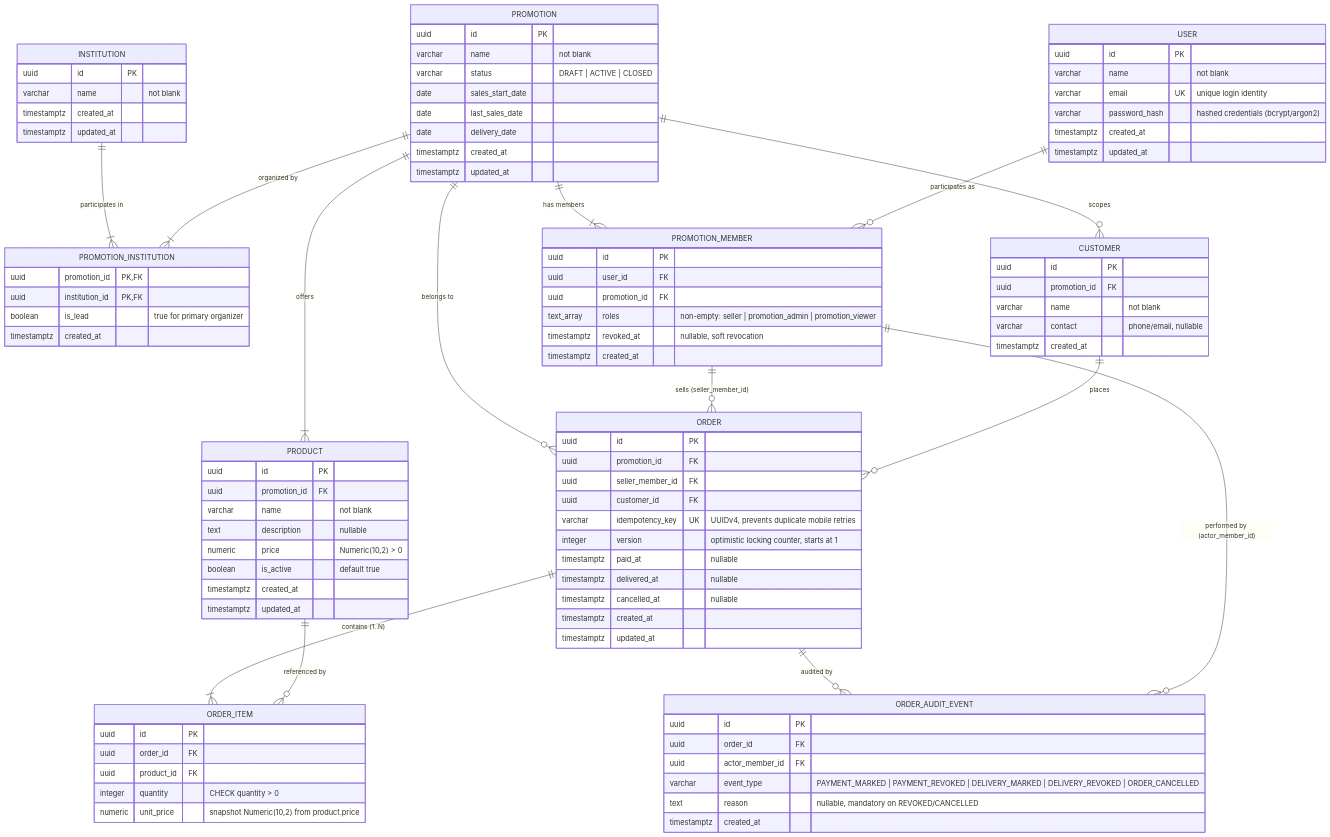
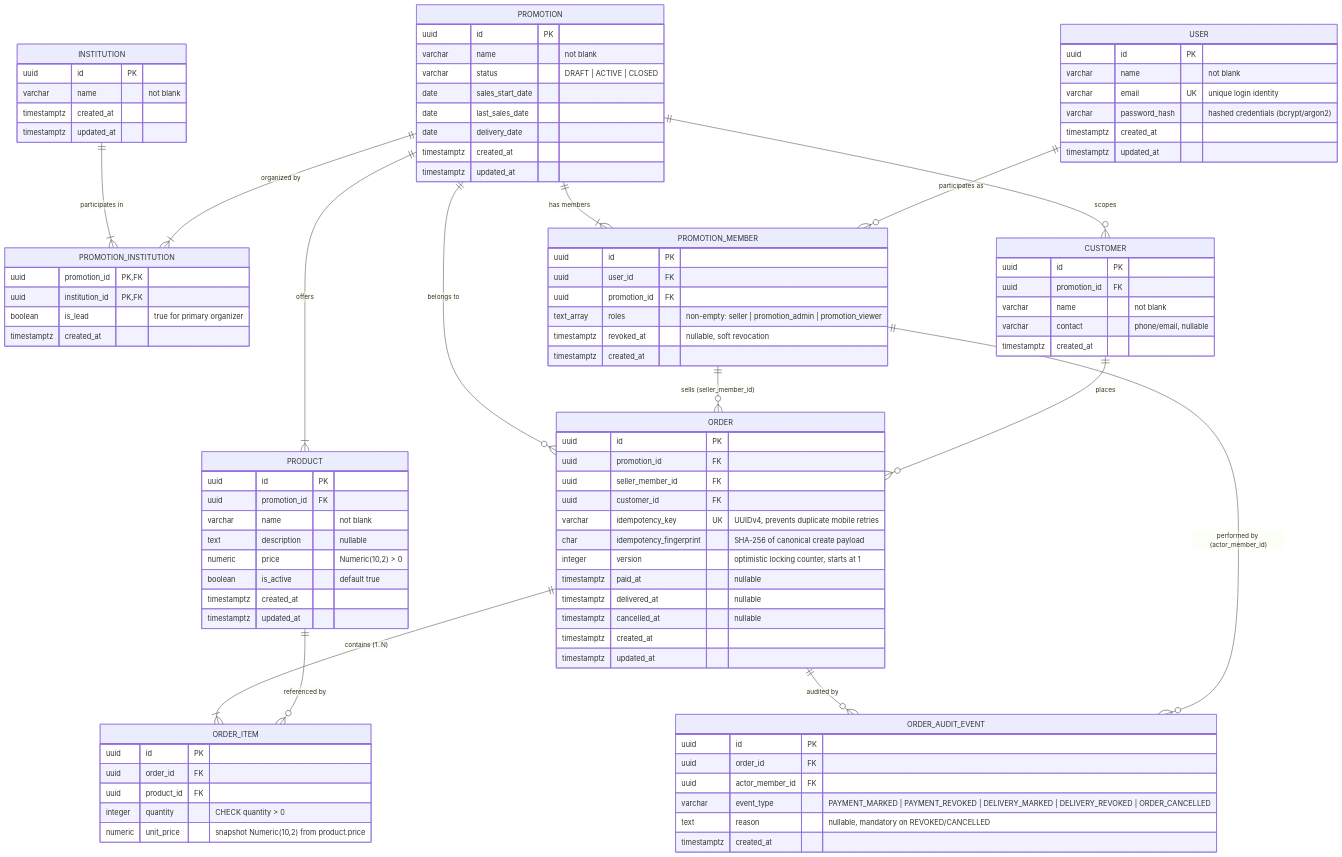
One commit to GuDiasOliveira/promoledger changed the diagram in docs/erm.md. Above: the diagram before and after it, drawn with Mermaid. The commit also changed other lines of this file and 23 other files, not shown here.

```diff
--- a/docs/erm.md
+++ b/docs/erm.md
@@ -94,6 +94,7 @@
         uuid seller_member_id FK
         uuid customer_id FK
         varchar idempotency_key UK "UUIDv4, prevents duplicate mobile retries"
+        char idempotency_fingerprint "SHA-256 of canonical create payload"
         integer version "optimistic locking counter, starts at 1"
         timestamptz paid_at "nullable"
         timestamptz delivered_at "nullable"
```
